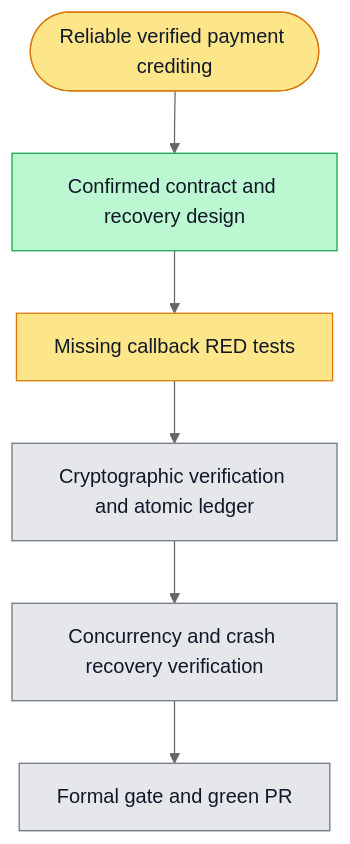
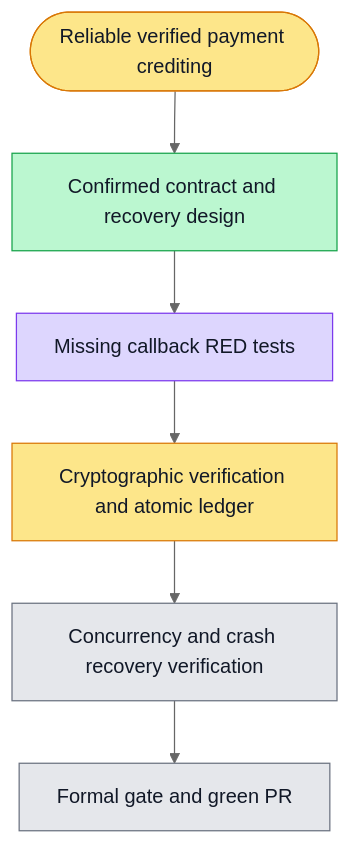
The diagram in phases/phase-21-billing-payment/sprints/sprint-05/plans/F05.plan.md (boardx/workspacex), drawn with Mermaid (neutral theme) before and after one commit. The commit also changed 16 other files, not shown here.

````diff
--- a/phases/phase-21-billing-payment/sprints/sprint-05/plans/F05.plan.md
+++ b/phases/phase-21-billing-payment/sprints/sprint-05/plans/F05.plan.md
@@ -9,21 +9,22 @@
 ```mermaid
 flowchart TD
   G([Reliable verified payment crediting])
   S1[Confirmed contract and recovery design]
   S2[Missing callback RED tests]
   S3[Cryptographic verification and atomic ledger]
   S4[Concurrency and crash recovery verification]
   S5[Formal gate and green PR]
   G --> S1 --> S2 --> S3 --> S4 --> S5
   classDef todo fill:#e5e7eb,stroke:#6b7280,color:#111827
   classDef doing fill:#fde68a,stroke:#d97706,color:#111827
   classDef done fill:#bbf7d0,stroke:#16a34a,color:#111827
   classDef tested fill:#ddd6fe,stroke:#7c3aed,color:#111827
   classDef blocked fill:#fecaca,stroke:#dc2626,color:#111827
   class G doing
   class S1 done
-  class S2 doing
-  class S3 todo
+  class S2 tested
+  %% evidence S2: 21 behavioral assertions failed against missing callback; isolated PostgreSQL fixture healthy.
+  class S3 doing
   class S4 todo
   class S5 todo
 ```
````
